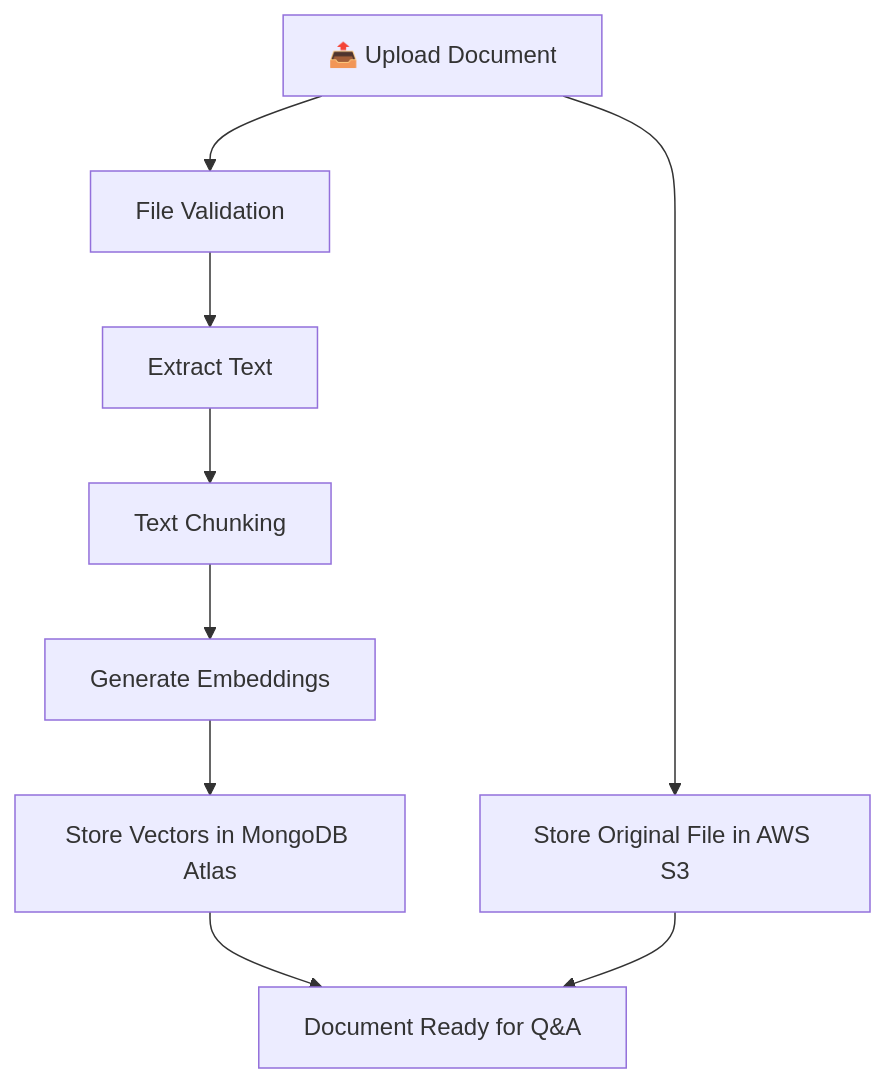
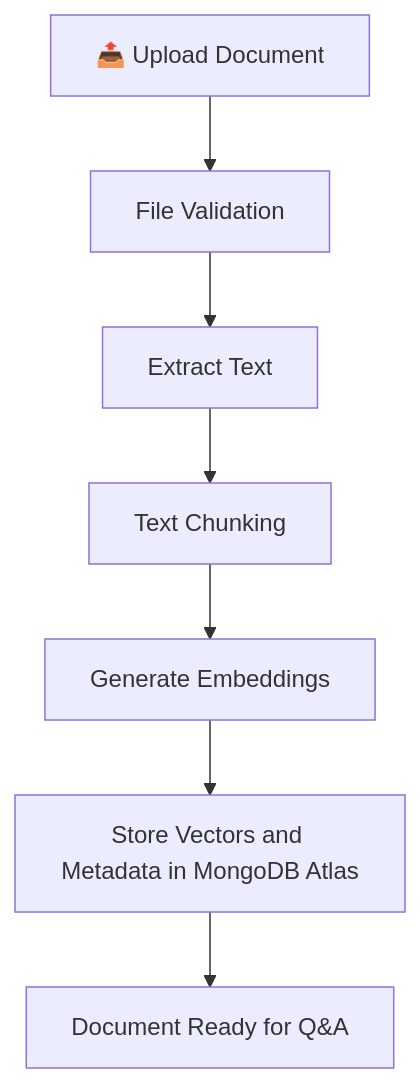
Before and after one commit to sandeep8764/RAG-AI-Assistant: the second of 3 diagrams in README.md, drawn with Mermaid. The commit also changed other lines of this file, not shown here.

````diff
--- a/README.md
+++ b/README.md
@@ -101,12 +98,9 @@
 ```mermaid
 flowchart TD
     A["📤 Upload Document"] --> B["File Validation"]
     B --> C["Extract Text"]
     C --> D["Text Chunking"]
     D --> E["Generate Embeddings"]
-    E --> F["Store Vectors in MongoDB Atlas"]
-    A --> G["Store Original File in AWS S3"]
-
-    F --> H["Document Ready for Q&A"]
-    G --> H
+    E --> F["Store Vectors and Metadata in MongoDB Atlas"]
+    F --> G["Document Ready for Q&A"]
 ```
````
